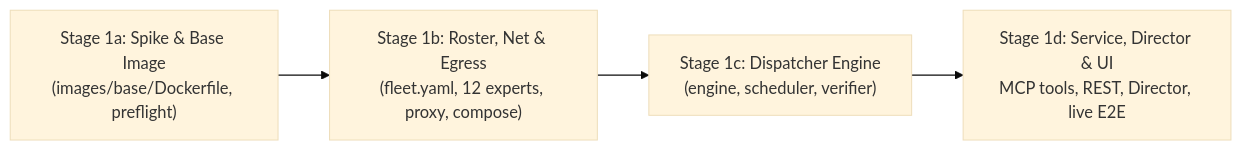
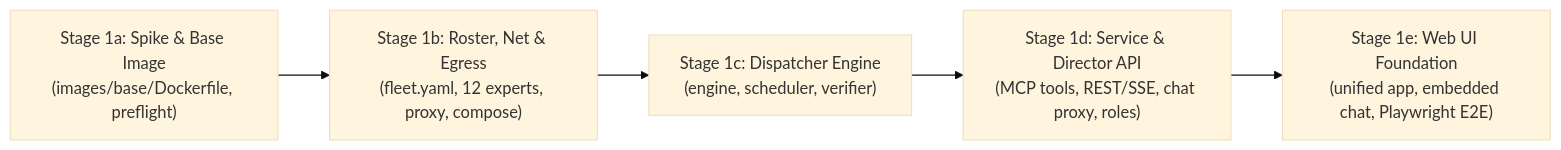
The diagram in swarm_prompts/WAVE_1_FLEET_CORE.md (Heretek-AI/The-Agency), drawn with Mermaid (base theme) before and after one commit. The commit also changed other lines of this file and 13 other files, not shown here.

Commit message:
docs(prompts): sync Edition 3 web UI foundation and fleet prompts

````diff
--- a/swarm_prompts/WAVE_1_FLEET_CORE.md
+++ b/swarm_prompts/WAVE_1_FLEET_CORE.md
@@ -14,6 +14,7 @@
 ```mermaid
 flowchart LR
     S1A["Stage 1a: Spike & Base Image\n(images/base/Dockerfile, preflight)"] --> S1B["Stage 1b: Roster, Net & Egress\n(fleet.yaml, 12 experts, proxy, compose)"]
     S1B --> S1C["Stage 1c: Dispatcher Engine\n(engine, scheduler, verifier)"]
-    S1C --> S1D["Stage 1d: Service, Director & UI\nMCP tools, REST, Director, live E2E"]
+    S1C --> S1D["Stage 1d: Service & Director API\n(MCP tools, REST/SSE, chat proxy, roles)"]
+    S1D --> S1E["Stage 1e: Web UI Foundation\n(unified app, embedded chat, Playwright E2E)"]
 ```
````
